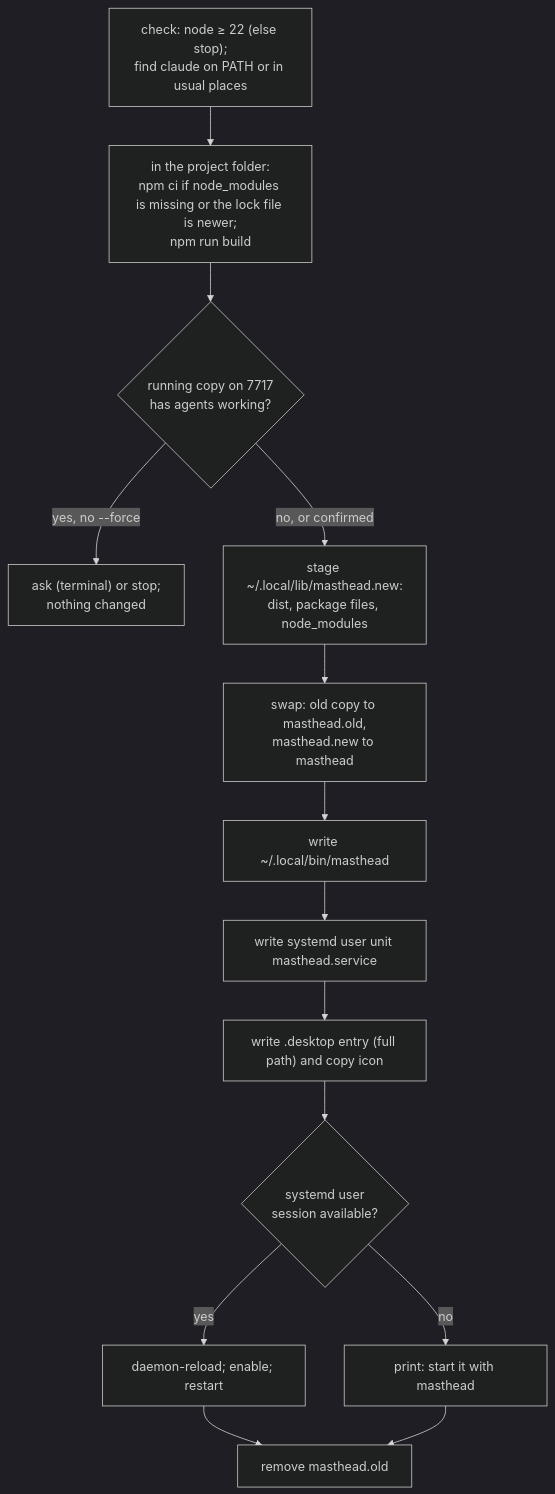
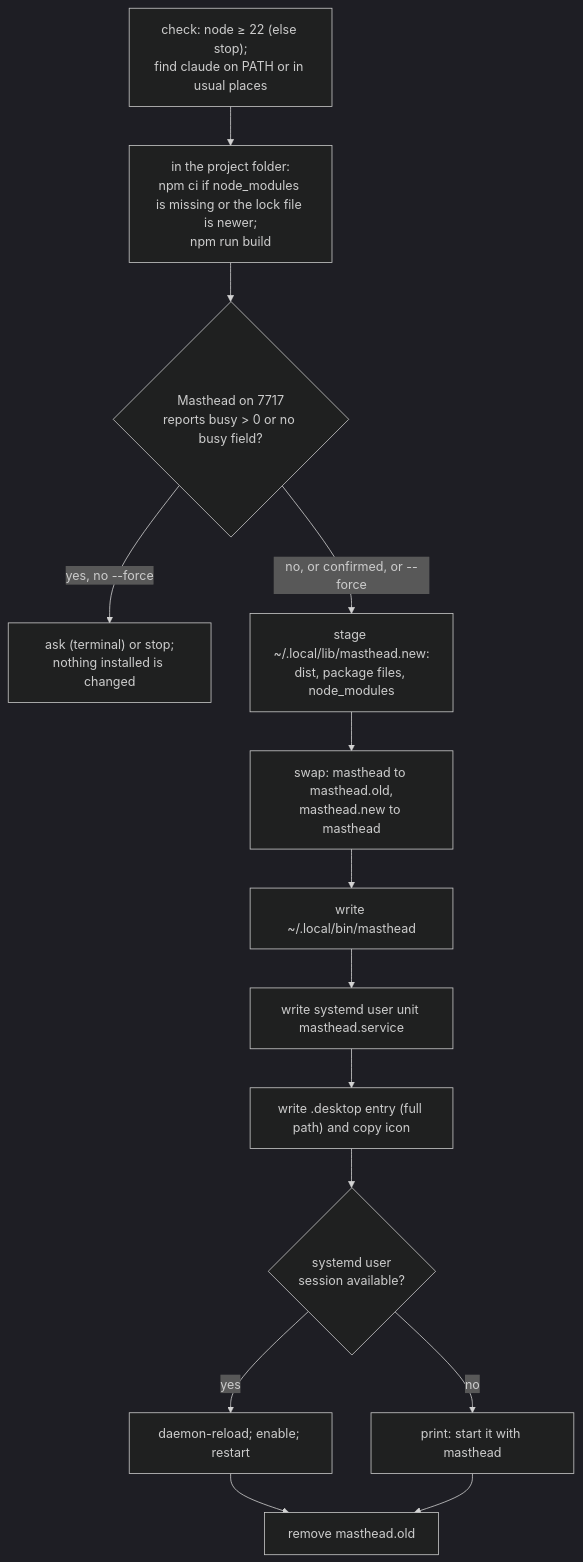
The diagram in docs/wiki/Source-Install-Scripts.md (Luxorium/masthead), drawn with Mermaid (dark theme) before and after one commit. The commit also changed other lines of this file and 34 other files, not shown here.

````diff
--- a/docs/wiki/Source-Install-Scripts.md
+++ b/docs/wiki/Source-Install-Scripts.md
@@ -9,16 +21,16 @@
 ```mermaid
 flowchart TD
   A["check: node ≥ 22 (else stop);<br/>find claude on PATH or in usual places"] --> B["in the project folder:<br/>npm ci if node_modules is missing or the lock file is newer;<br/>npm run build"]
-  B --> C{"running copy on 7717<br/>has agents working?"}
-  C -- "yes, no --force" --> X["ask (terminal) or stop;<br/>nothing changed"]
-  C -- "no, or confirmed" --> D["stage ~/.local/lib/masthead.new:<br/>dist, package files, node_modules"]
-  D --> E["swap: old copy to masthead.old,<br/>masthead.new to masthead"]
+  B --> C{"Masthead on 7717<br/>reports busy > 0 or no busy field?"}
+  C -- "yes, no --force" --> X["ask (terminal) or stop;<br/>nothing installed is changed"]
+  C -- "no, or confirmed, or --force" --> D["stage ~/.local/lib/masthead.new:<br/>dist, package files, node_modules"]
+  D --> E["swap: masthead to masthead.old,<br/>masthead.new to masthead"]
   E --> F["write ~/.local/bin/masthead"]
   F --> G["write systemd user unit masthead.service"]
   G --> H["write .desktop entry (full path) and copy icon"]
   H --> I{"systemd user<br/>session available?"}
   I -- yes --> J["daemon-reload; enable; restart"]
   I -- no --> K["print: start it with masthead"]
   J --> L["remove masthead.old"]
   K --> L
 ```
````
